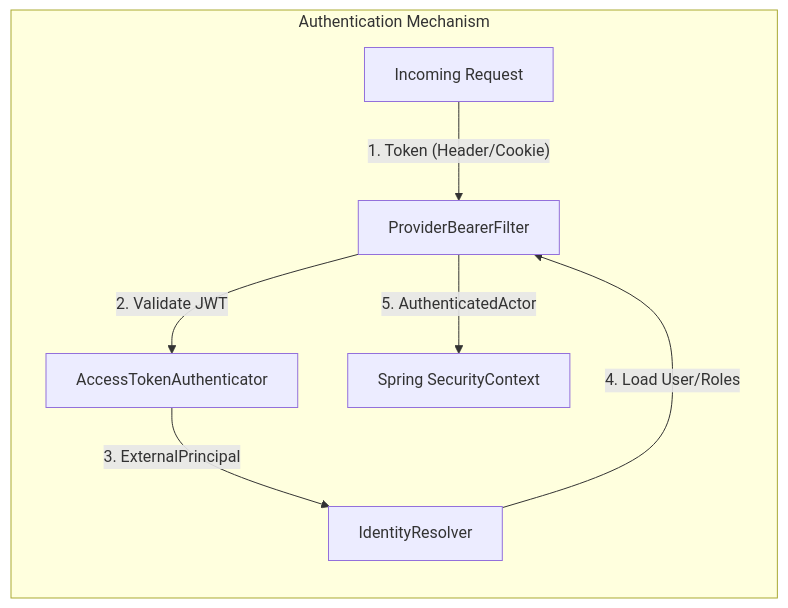
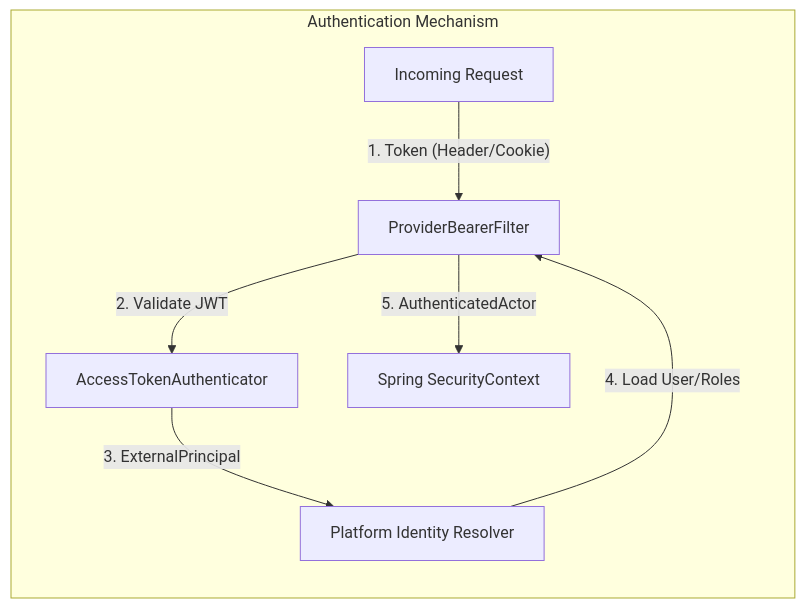
Before and after one commit to khinemyaezin/grab: the first of 3 diagrams in docs/spec/system/api-security-tech-spec.md, drawn with Mermaid. The commit also changed other lines of this file and 47 other files, not shown here.

````diff
--- a/docs/spec/system/api-security-tech-spec.md
+++ b/docs/spec/system/api-security-tech-spec.md
@@ -44,16 +44,16 @@
 ```mermaid
 flowchart LR
     subgraph CorePattern ["Authentication Mechanism"]
         Request["Incoming Request"]
         Filter["ProviderBearerFilter"]
         Authenticator["AccessTokenAuthenticator"]
-        Resolver["IdentityResolver"]
+        Resolver["Platform Identity Resolver"]
         Context["Spring SecurityContext"]
 
         Request -->|"1. Token (Header/Cookie)"| Filter
         Filter -->|"2. Validate JWT"| Authenticator
         Authenticator -->|"3. ExternalPrincipal"| Resolver
         Resolver -->|"4. Load User/Roles"| Filter
         Filter -->|"5. AuthenticatedActor"| Context
     end
 ```
````
